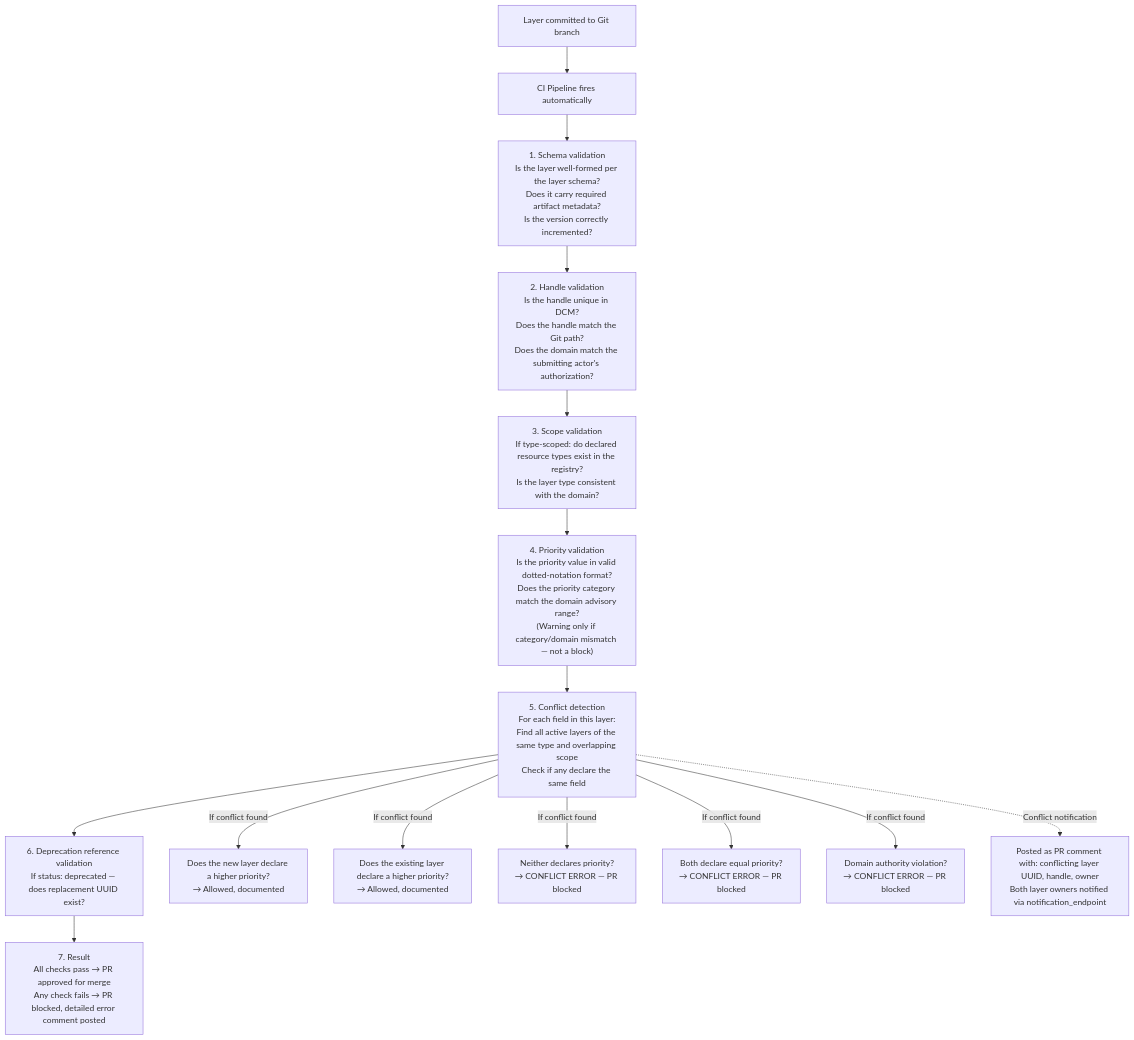
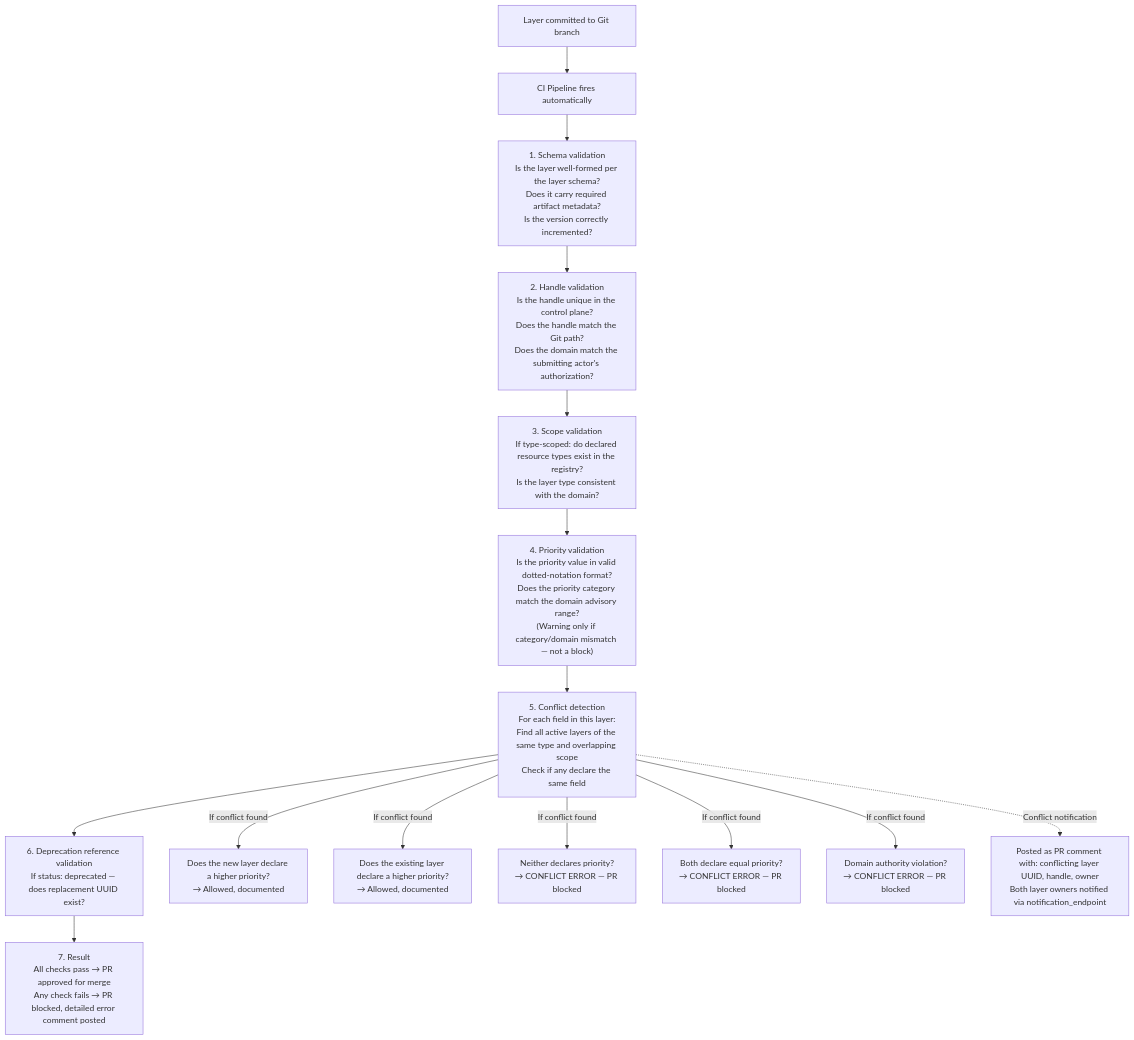
Before and after one commit to croadfeldt/udlm: the second of 3 diagrams in docs/spec/foundations/layering-and-versioning.md, drawn with Mermaid. The commit also changed other lines of this file and 11 other files, not shown here.

````diff
--- a/docs/spec/foundations/layering-and-versioning.md
+++ b/docs/spec/foundations/layering-and-versioning.md
@@ -986,23 +986,23 @@
 ```mermaid
 flowchart TD
     G["Layer committed to Git branch"]
     CI["CI Pipeline fires automatically"]
     S1["1. Schema validation<br/>Is the layer well-formed per the layer schema?<br/>Does it carry required artifact metadata?<br/>Is the version correctly incremented?"]
-    S2["2. Handle validation<br/>Is the handle unique in DCM?<br/>Does the handle match the Git path?<br/>Does the domain match the submitting actor's authorization?"]
+    S2["2. Handle validation<br/>Is the handle unique in the control plane?<br/>Does the handle match the Git path?<br/>Does the domain match the submitting actor's authorization?"]
     S3["3. Scope validation<br/>If type-scoped: do declared resource types exist in the registry?<br/>Is the layer type consistent with the domain?"]
     S4["4. Priority validation<br/>Is the priority value in valid dotted-notation format?<br/>Does the priority category match the domain advisory range?<br/>(Warning only if category/domain mismatch — not a block)"]
     S5["5. Conflict detection<br/>For each field in this layer:<br/>Find all active layers of the same type and overlapping scope<br/>Check if any declare the same field"]
     S6["6. Deprecation reference validation<br/>If status: deprecated — does replacement UUID exist?"]
     S7["7. Result<br/>All checks pass → PR approved for merge<br/>Any check fails → PR blocked, detailed error comment posted"]
 
     G --> CI --> S1 --> S2 --> S3 --> S4 --> S5
 
     S5 -->|If conflict found| C1["Does the new layer declare a higher priority?<br/>→ Allowed, documented"]
     S5 -->|If conflict found| C2["Does the existing layer declare a higher priority?<br/>→ Allowed, documented"]
     S5 -->|If conflict found| C3["Neither declares priority?<br/>→ CONFLICT ERROR — PR blocked"]
     S5 -->|If conflict found| C4["Both declare equal priority?<br/>→ CONFLICT ERROR — PR blocked"]
     S5 -->|If conflict found| C5["Domain authority violation?<br/>→ CONFLICT ERROR — PR blocked"]
     S5 -.->|Conflict notification| CN["Posted as PR comment with: conflicting layer UUID, handle, owner<br/>Both layer owners notified via notification_endpoint"]
 
     S5 --> S6 --> S7
 ```
````
